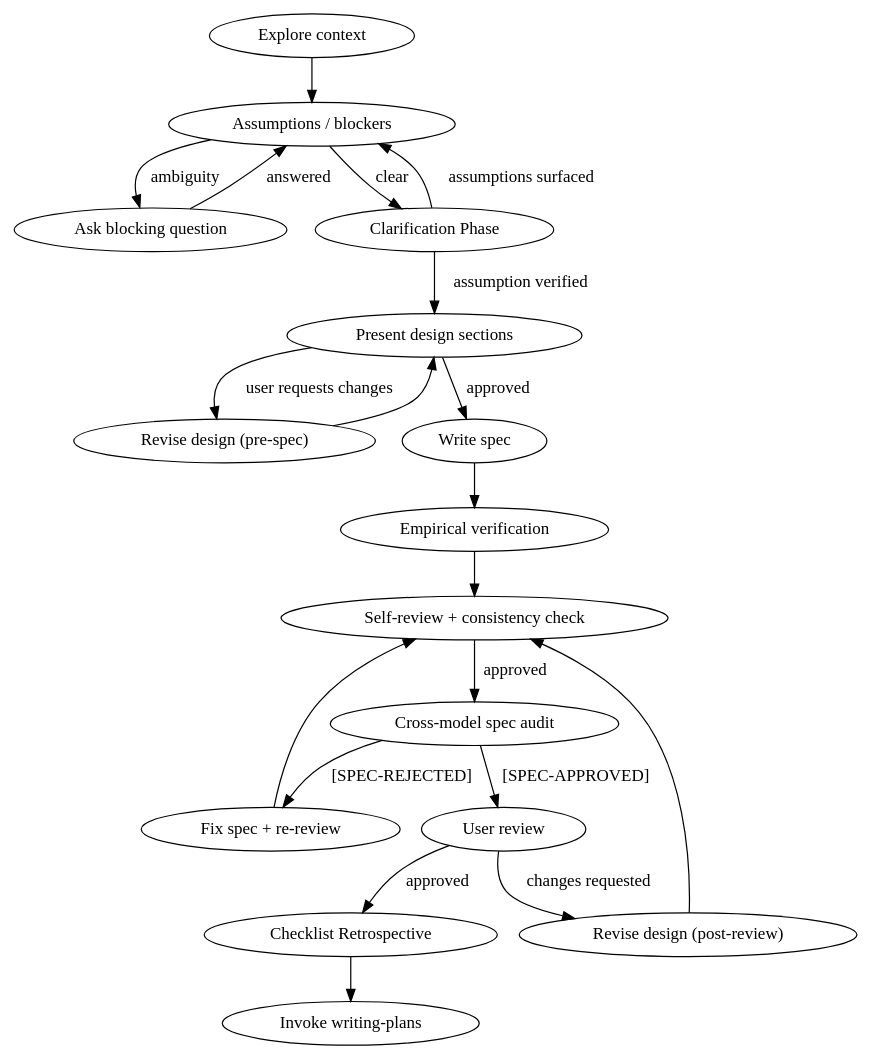
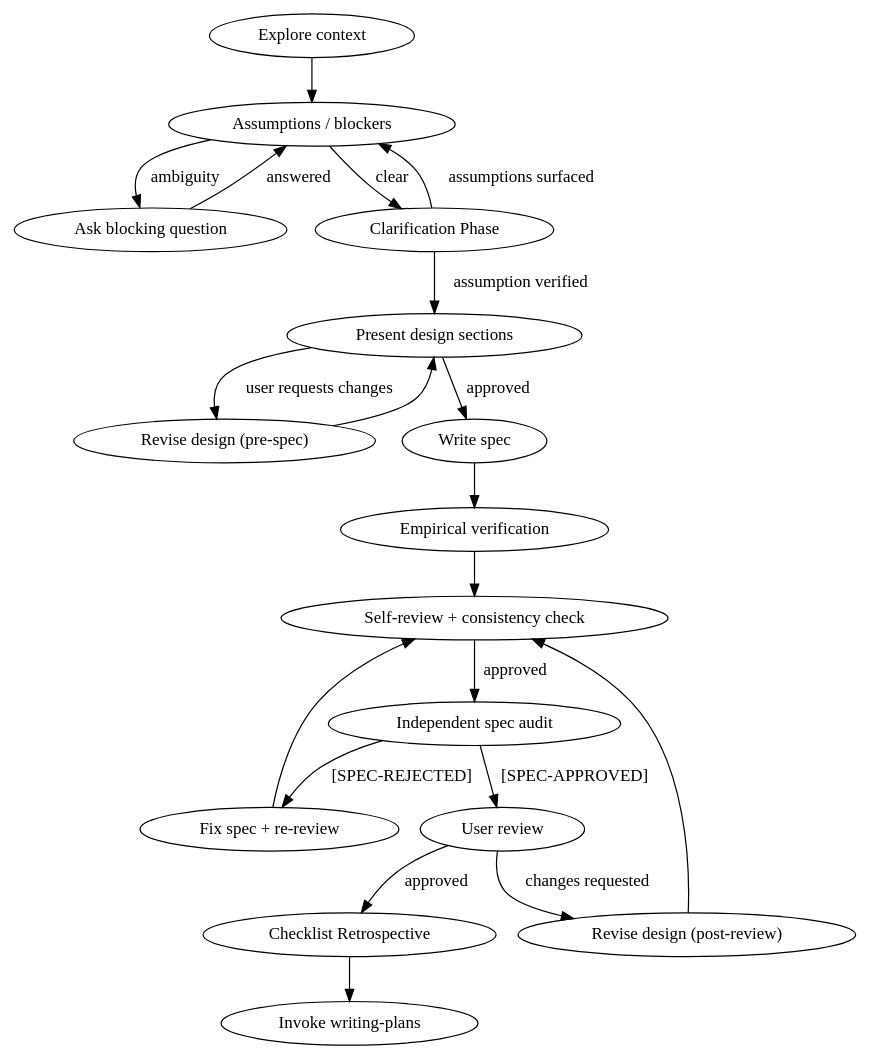
One commit to Itzalive/resistance-ai changed the diagram in skills/specifying-work-items/SKILL.md. Above: the diagram before and after it, drawn with Graphviz. The commit also changed other lines of this file and 11 other files, not shown here.

First line of the commit message:
feat(skills): rename cross-model audit to independent audit (#11)

````diff
--- a/skills/specifying-work-items/SKILL.md
+++ b/skills/specifying-work-items/SKILL.md
@@ -162,23 +162,23 @@
 ```dot
 digraph specifying_work_items {
     "Explore context" -> "Assumptions / blockers";
     "Assumptions / blockers" -> "Ask blocking question" [label="ambiguity"];
     "Ask blocking question" -> "Assumptions / blockers" [label="answered"];
     "Assumptions / blockers" -> "Clarification Phase" [label="clear"];
     "Clarification Phase" -> "Assumptions / blockers" [label="assumptions surfaced"];
     "Clarification Phase" -> "Present design sections" [label="assumption verified"];
     "Present design sections" -> "Revise design (pre-spec)" [label="user requests changes"];
     "Revise design (pre-spec)" -> "Present design sections";
     "Present design sections" -> "Write spec" [label="approved"];
     "Write spec" -> "Empirical verification";
     "Empirical verification" -> "Self-review + consistency check";
-    "Self-review + consistency check" -> "Cross-model spec audit" [label="approved"];
+    "Self-review + consistency check" -> "Independent spec audit" [label="approved"];
     "Revise design (post-review)" -> "Self-review + consistency check";
-    "Cross-model spec audit" -> "Fix spec + re-review" [label="[SPEC-REJECTED]"];
+    "Independent spec audit" -> "Fix spec + re-review" [label="[SPEC-REJECTED]"];
     "Fix spec + re-review" -> "Self-review + consistency check";
-    "Cross-model spec audit" -> "User review" [label="[SPEC-APPROVED]"];
+    "Independent spec audit" -> "User review" [label="[SPEC-APPROVED]"];
     "User review" -> "Revise design (post-review)" [label="changes requested"];
     "User review" ->  "Checklist Retrospective" [label="approved"];
     "Checklist Retrospective" -> "Invoke writing-plans";
 }
 ```
````
